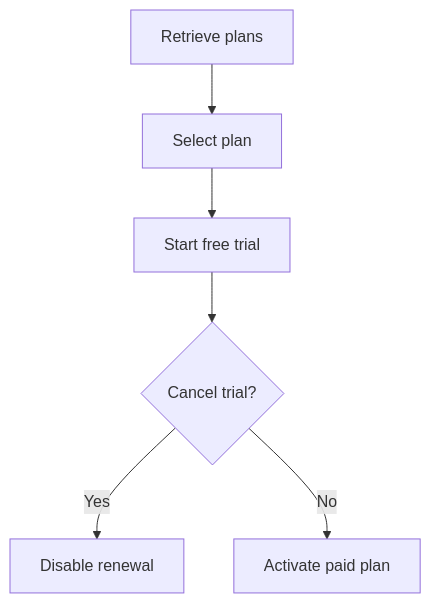
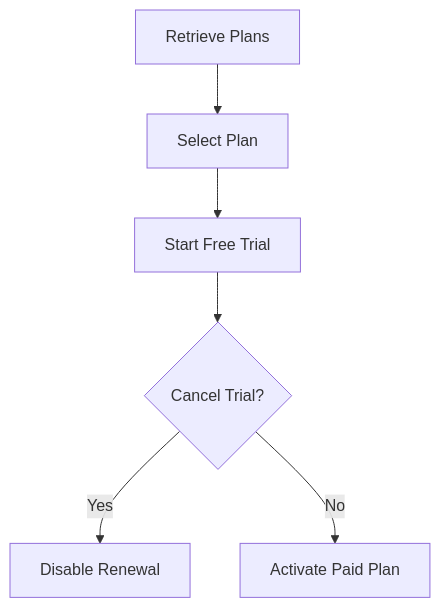
The diagram in README.md (gayathri89-demo/subscription-testing-qa-portfolio), drawn with Mermaid before and after one commit. The commit also changed other lines of this file, not shown here.

````diff
--- a/README.md
+++ b/README.md
@@ -33,8 +31,8 @@
 ```mermaid
 flowchart TD
-    A[Retrieve plans] --> B[Select plan]
-    B --> C[Start free trial]
-    C --> D{Cancel trial?}
-    D -- Yes --> E[Disable renewal]
-    D -- No --> F[Activate paid plan]
+    A[Retrieve Plans] --> B[Select Plan]
+    B --> C[Start Free Trial]
+    C --> D{Cancel Trial?}
+    D -- Yes --> E[Disable Renewal]
+    D -- No --> F[Activate Paid Plan]
 ```
````
